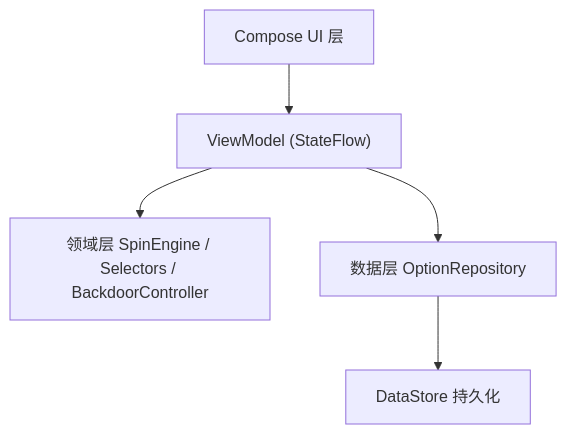
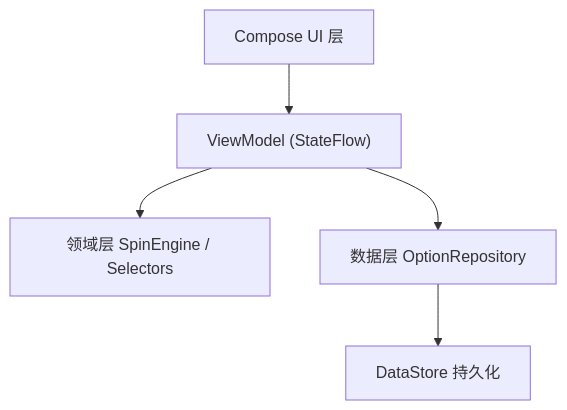
The diagram in README.md (fvfpq/wheel-picker), drawn with Mermaid before and after one commit. The commit also changed other lines of this file and 5 other files, not shown here.

````diff
--- a/README.md
+++ b/README.md
@@ -203,7 +175,7 @@
 ```mermaid
 flowchart TD
     UI["Compose UI 层"] --> VM["ViewModel (StateFlow)"]
-    VM --> SE["领域层 SpinEngine / Selectors / BackdoorController"]
+    VM --> SE["领域层 SpinEngine / Selectors"]
     VM --> R["数据层 OptionRepository"]
     R --> DS["DataStore 持久化"]
 ```
````
